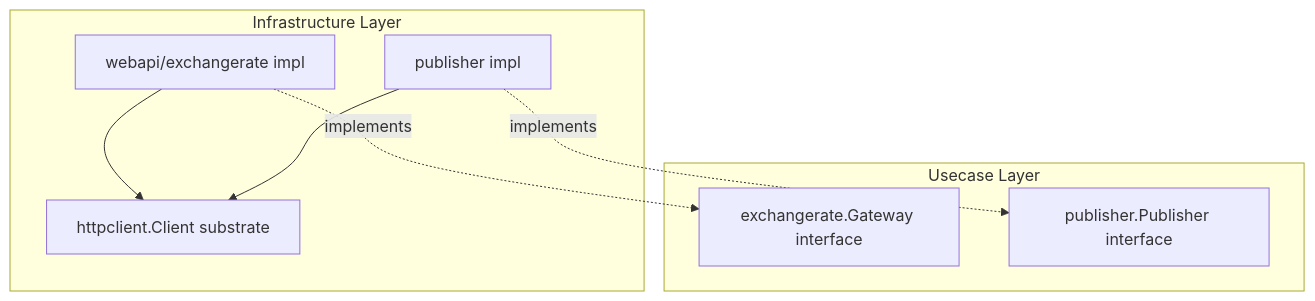
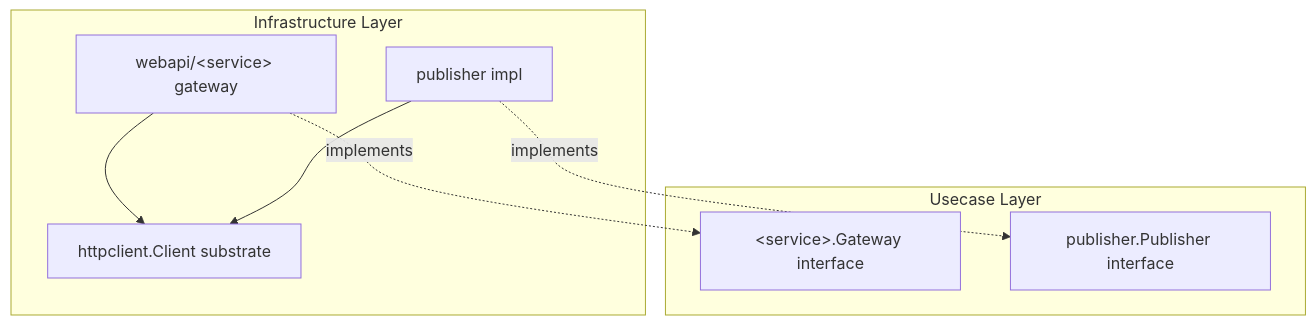
The diagram in internal/infrastructure/httpclient/README.md (Tomy-ch/go-boilerplate), drawn with Mermaid before and after one commit. The commit also changed 114 other files, not shown here.

````diff
--- a/internal/infrastructure/httpclient/README.md
+++ b/internal/infrastructure/httpclient/README.md
@@ -9,17 +9,17 @@
 ```mermaid
 flowchart TB
     subgraph "Usecase Layer"
-        GW["exchangerate.Gateway interface"]
+        GW["&lt;service&gt;.Gateway interface"]
         PUB["publisher.Publisher interface"]
     end
     subgraph "Infrastructure Layer"
-        GWImpl["webapi/exchangerate impl"]
+        GWImpl["webapi/&lt;service&gt; gateway"]
         PUBImpl["publisher impl"]
         Sub["httpclient.Client substrate"]
     end
 
     GWImpl -. implements .-> GW
     PUBImpl -. implements .-> PUB
     GWImpl --> Sub
     PUBImpl --> Sub
 ```
````
